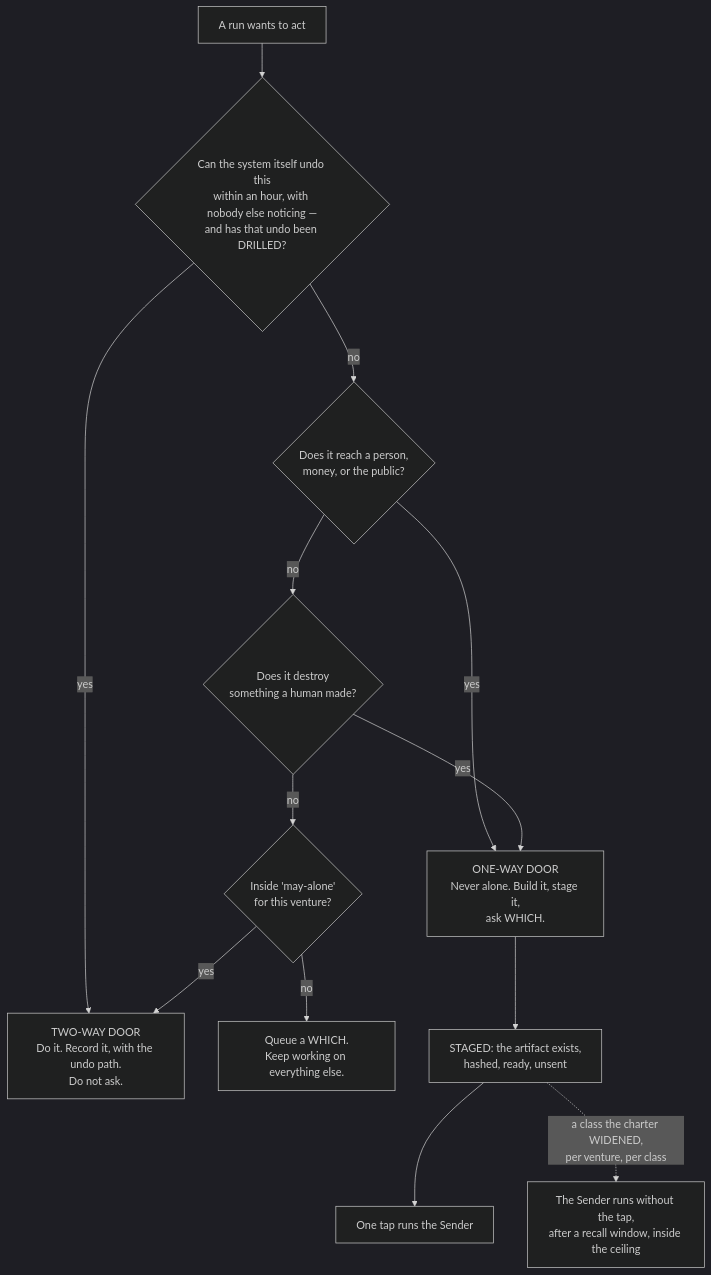
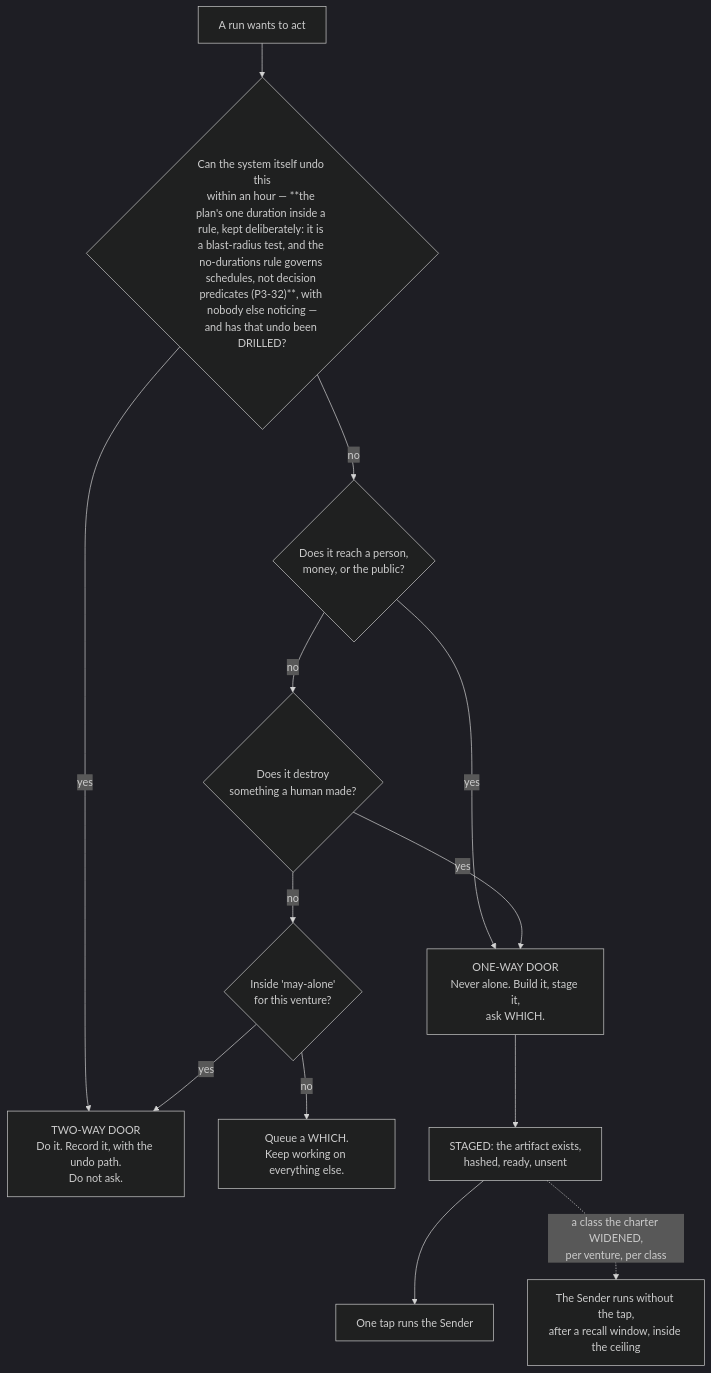
Before and after one commit to Adam077K/agentvibe: the first of 4 diagrams in docs/03-system-design/final-v2/parts/12-control.md, drawn with Mermaid (dark theme). The commit also changed other lines of this file and 20 other files, not shown here.

````diff
--- a/docs/03-system-design/final-v2/parts/12-control.md
+++ b/docs/03-system-design/final-v2/parts/12-control.md
@@ -65,15 +65,15 @@
 ```mermaid
 flowchart TD
-    ACT["A run wants to act"] --> Q1{"Can the system itself undo this<br/>within an hour, with nobody else noticing —<br/>and has that undo been DRILLED?"}
+    ACT["A run wants to act"] --> Q1{"Can the system itself undo this<br/>within an hour — **the plan's one duration inside a rule, kept deliberately: it is a blast-radius test, and the no-durations rule governs schedules, not decision predicates (P3-32)**, with nobody else noticing —<br/>and has that undo been DRILLED?"}
     Q1 -->|"yes"| TWO["TWO-WAY DOOR<br/>Do it. Record it, with the undo path.<br/>Do not ask."]
     Q1 -->|"no"| Q2{"Does it reach a person,<br/>money, or the public?"}
     Q2 -->|"yes"| ONE["ONE-WAY DOOR<br/>Never alone. Build it, stage it,<br/>ask WHICH."]
     Q2 -->|"no"| Q3{"Does it destroy<br/>something a human made?"}
     Q3 -->|"yes"| ONE
     Q3 -->|"no"| Q4{"Inside 'may-alone'<br/>for this venture?"}
     Q4 -->|"yes"| TWO
     Q4 -->|"no"| QUEUE["Queue a WHICH.<br/>Keep working on everything else."]
     ONE --> STAGE["STAGED: the artifact exists,<br/>hashed, ready, unsent"]
     STAGE --> TAP["One tap runs the Sender"]
     STAGE -.->|"a class the charter WIDENED,<br/>per venture, per class"| WIDE["The Sender runs without the tap,<br/>after a recall window, inside the ceiling"]
 ```
````
